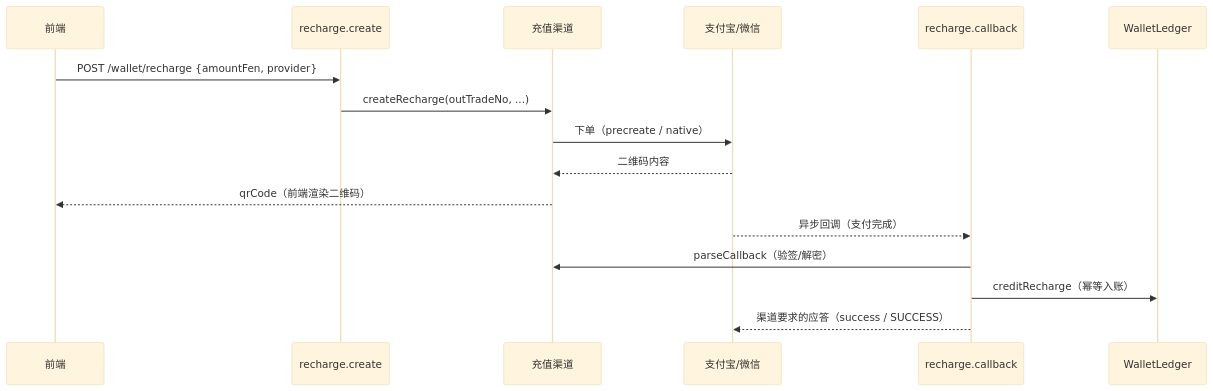
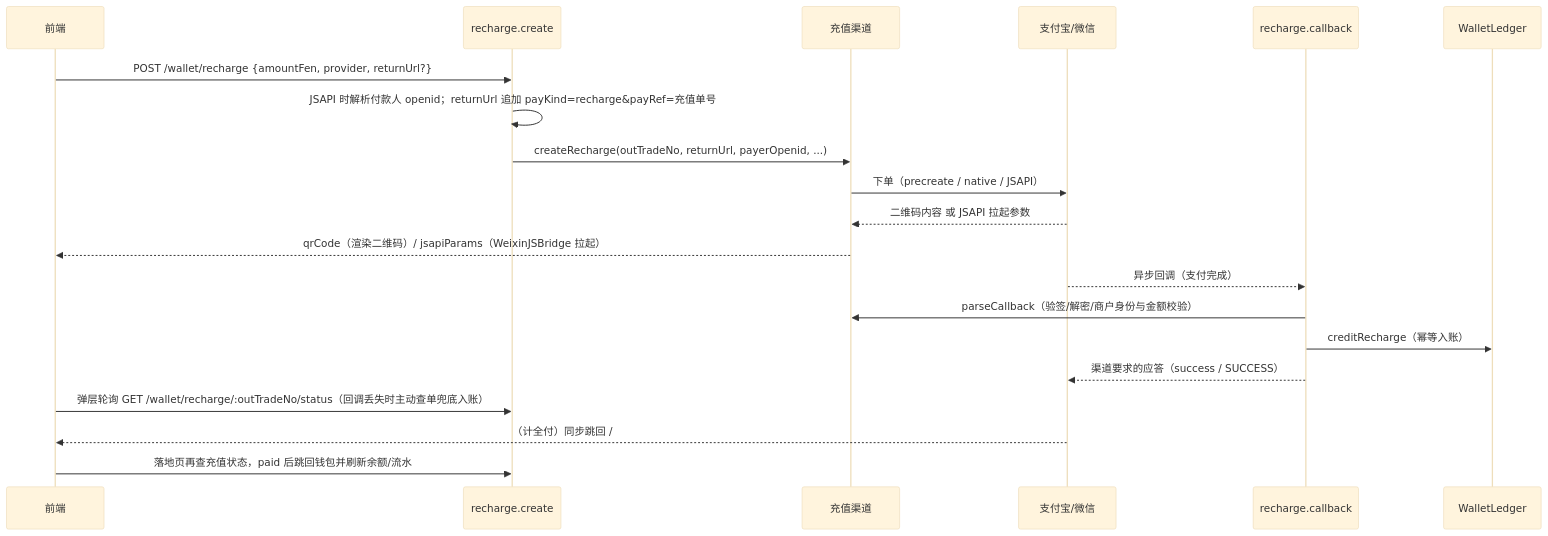
One commit to yiting001/E-sports-01 changed the second of 4 diagrams in docs/wallet.md. Above: the diagram before and after it, drawn with Mermaid (base theme). The commit also changed other lines of this file and 29 other files, not shown here.

First line of the commit message:
feat(pay): 计全付同步跳转回应用、充值微信 JSAPI 与回调解析加固

````diff
--- a/docs/wallet.md
+++ b/docs/wallet.md
@@ -204,19 +204,23 @@
 ```mermaid
 sequenceDiagram
   participant FE as 前端
   participant API as recharge.create
   participant DRV as 充值渠道
   participant PAY as 支付宝/微信
   participant CB as recharge.callback
   participant LED as WalletLedger
 
-  FE->>API: POST /wallet/recharge {amountFen, provider}
-  API->>DRV: createRecharge(outTradeNo, ...)
-  DRV->>PAY: 下单（precreate / native）
-  PAY-->>DRV: 二维码内容
-  DRV-->>FE: qrCode（前端渲染二维码）
+  FE->>API: POST /wallet/recharge {amountFen, provider, returnUrl?}
+  API->>API: JSAPI 时解析付款人 openid；returnUrl 追加 payKind=recharge&payRef=充值单号
+  API->>DRV: createRecharge(outTradeNo, returnUrl, payerOpenid, ...)
+  DRV->>PAY: 下单（precreate / native / JSAPI）
+  PAY-->>DRV: 二维码内容 或 JSAPI 拉起参数
+  DRV-->>FE: qrCode（渲染二维码）/ jsapiParams（WeixinJSBridge 拉起）
   PAY-->>CB: 异步回调（支付完成）
-  CB->>DRV: parseCallback（验签/解密）
+  CB->>DRV: parseCallback（验签/解密/商户身份与金额校验）
   CB->>LED: creditRecharge（幂等入账）
   CB-->>PAY: 渠道要求的应答（success / SUCCESS）
+  FE->>API: 弹层轮询 GET /wallet/recharge/:outTradeNo/status（回调丢失时主动查单兜底入账）
+  PAY-->>FE: （计全付）同步跳回 /#/pay/return?payKind&payRef&returnPageAction
+  FE->>API: 落地页再查充值状态，paid 后跳回钱包并刷新余额/流水
 ```
````
